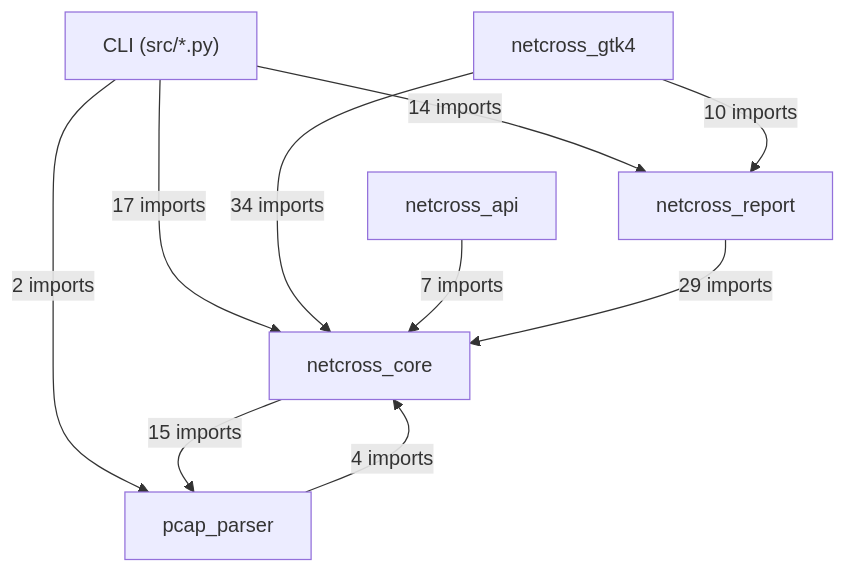
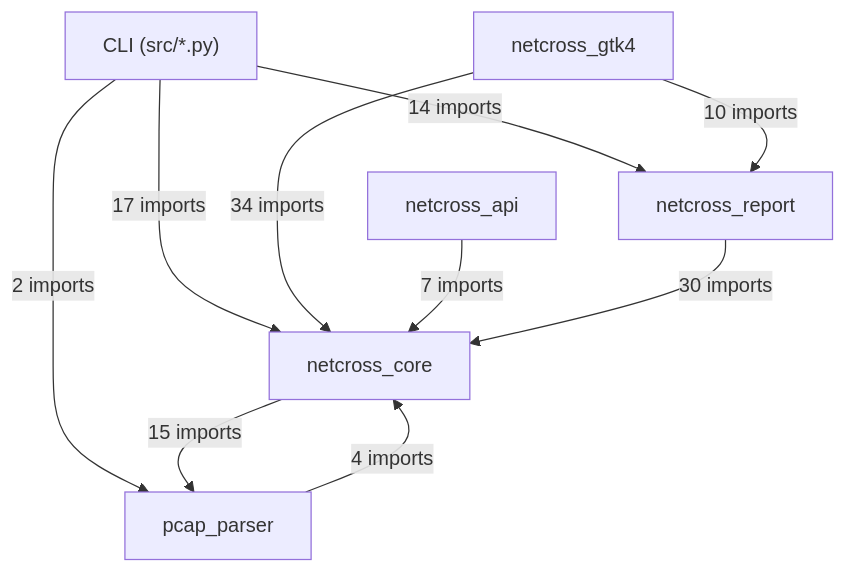
The first of 16 diagrams in docs/class-diagram.md (MathildeDec/Netcross), drawn with Mermaid before and after one commit. The commit also changed 1 other file, not shown here.

Commit message:
feat(#299): câblage _() dans pdf.py — titres, tables, dashboard
Import i18n.setup_gettext('netcross-report') dans pdf.py.
Chaînes wrappées avec _() :

- 10 titres de sections (H1b/H2b) : Rapport de securite, Tableau de bord,
  Services detectes, Synthese, Vue d'ensemble, Topologie deduite, etc.
- 6 messages 'Aucun...' (constats, evenements, diagnostics, referentiels,
  flux, segment exploitable)
- 4 en-têtes de tables (findings, events, diagnosis, triage, services)
- 4 labels dashboard securite (Score de risque, Tentatives, Anomalies, CVE)
- 1 label Score de sante

Régénère le diagramme de classes (29->30 imports).

3167 tests passent.

````diff
--- a/docs/class-diagram.md
+++ b/docs/class-diagram.md
@@ -26,18 +26,18 @@
 ```mermaid
 flowchart TD
     CLI["CLI (src/*.py)"]
     netcross_gtk4["netcross_gtk4"]
     netcross_api["netcross_api"]
     netcross_report["netcross_report"]
     netcross_core["netcross_core"]
     pcap_parser["pcap_parser"]
     CLI -->|"14 imports"| netcross_report
     CLI -->|"17 imports"| netcross_core
     CLI -->|"2 imports"| pcap_parser
     netcross_gtk4 -->|"10 imports"| netcross_report
     netcross_gtk4 -->|"34 imports"| netcross_core
     netcross_api -->|"7 imports"| netcross_core
-    netcross_report -->|"29 imports"| netcross_core
+    netcross_report -->|"30 imports"| netcross_core
     netcross_core -->|"15 imports"| pcap_parser
     pcap_parser -->|"4 imports"| netcross_core
 ```
````
